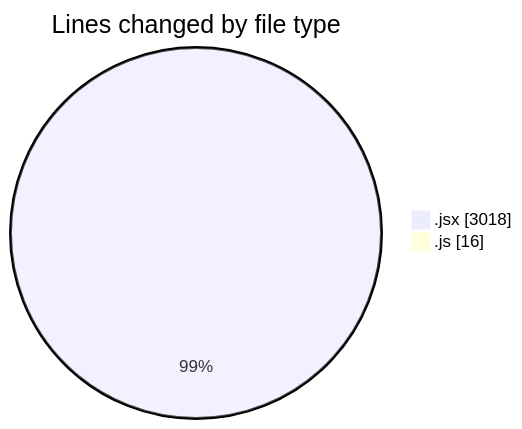
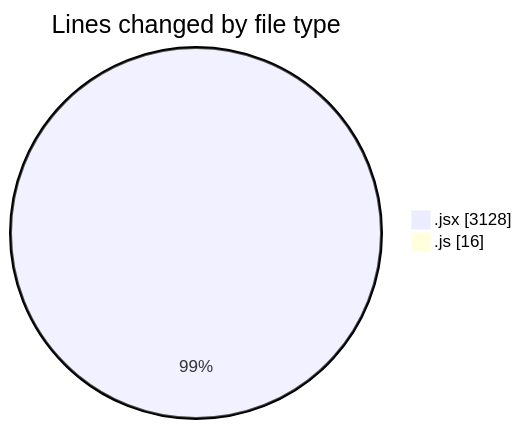
Before and after one commit to nxtqubesakshisongat/code-tracking: the first of 2 diagrams in 2025-05-23/nxtqube_webapp/README.md, drawn with Mermaid. The commit also changed other lines of this file and 1 other file, not shown here.

````diff
--- a/2025-05-23/nxtqube_webapp/README.md
+++ b/2025-05-23/nxtqube_webapp/README.md
@@ -22,6 +22,6 @@
 ```mermaid
 pie showData
 title Lines changed by file type
-".jsx" : 3018
+".jsx" : 3128
 ".js" : 16
 ```
````
